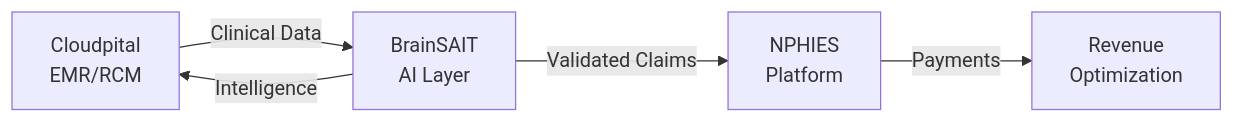
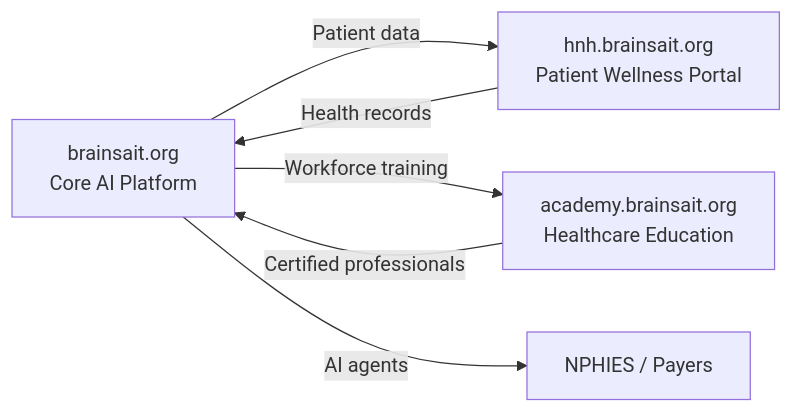
The diagram in docs/index.md (Fadil369/brainsait-docs), drawn with Mermaid before and after one commit. The commit also changed other lines of this file and 30 other files, not shown here.

First line of the commit message:
Replace Cloudpital with BrainSAIT Platform ecosystem + shadcn-inspired design overhaul (#14)

````diff
--- a/docs/index.md
+++ b/docs/index.md
@@ -30,7 +26,8 @@
 ```mermaid
 graph LR
-    A[Cloudpital<br/>EMR/RCM] -->|Clinical Data| B[BrainSAIT<br/>AI Layer]
-    B -->|Validated Claims| C[NPHIES<br/>Platform]
-    C -->|Payments| D[Revenue<br/>Optimization]
-    B -->|Intelligence| A
+    A[brainsait.org<br/>Core AI Platform] -->|Patient data| B[hnh.brainsait.org<br/>Patient Wellness Portal]
+    A -->|Workforce training| C[academy.brainsait.org<br/>Healthcare Education]
+    A -->|AI agents| D[NPHIES / Payers]
+    B -->|Health records| A
+    C -->|Certified professionals| A
 ```
````
